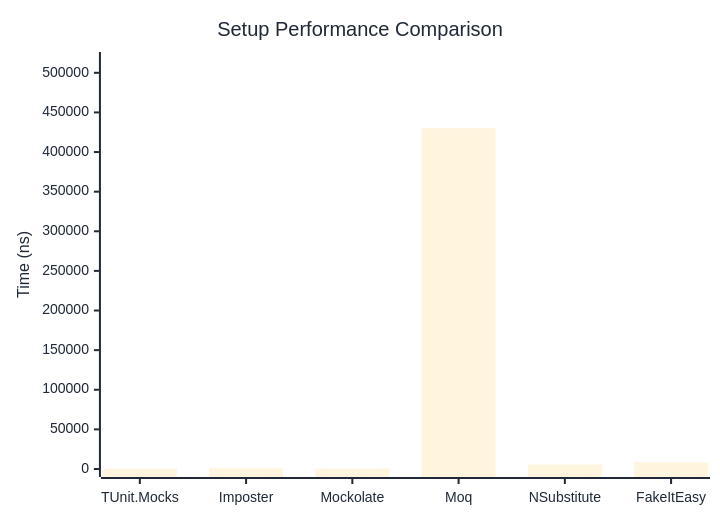
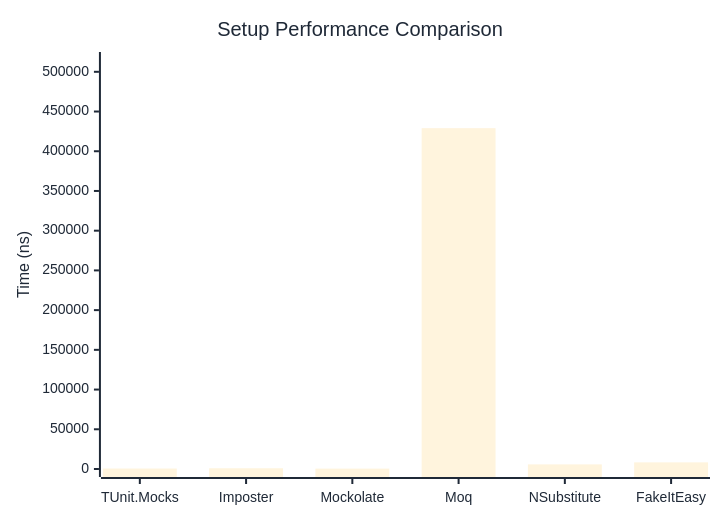
One commit to thomhurst/TUnit changed the first of 2 diagrams in docs/docs/benchmarks/mocks/Setup.md. Above: the diagram before and after it, drawn with Mermaid. The commit also changed other lines of this file and 14 other files, not shown here.

````diff
--- a/docs/docs/benchmarks/mocks/Setup.md
+++ b/docs/docs/benchmarks/mocks/Setup.md
@@ -28,27 +28,27 @@
 ```mermaid
 %%{init: {
   'theme':'base',
   'themeVariables': {
     'primaryColor': '#2563eb',
     'primaryTextColor': '#1f2937',
     'primaryBorderColor': '#1e40af',
     'lineColor': '#6b7280',
     'secondaryColor': '#7c3aed',
     'tertiaryColor': '#dc2626',
     'background': '#ffffff',
     'pie1': '#2563eb',
     'pie2': '#7c3aed',
     'pie3': '#dc2626',
     'pie4': '#f59e0b',
     'pie5': '#10b981',
     'pie6': '#06b6d4',
     'pie7': '#ec4899',
     'pie8': '#6366f1'
   }
 }}%%
 xychart-beta
   title "Setup Performance Comparison"
   x-axis ["TUnit.Mocks", "Imposter", "Mockolate", "Moq", "NSubstitute", "FakeItEasy"]
-  y-axis "Time (ns)" 0 --> 516155
-  bar [570.6, 869.7, 483.5, 430129, 5671.9, 8448.2]
+  y-axis "Time (ns)" 0 --> 514855
+  bar [595, 939.3, 487.5, 429045.4, 5806.8, 8364.3]
 ```
````
